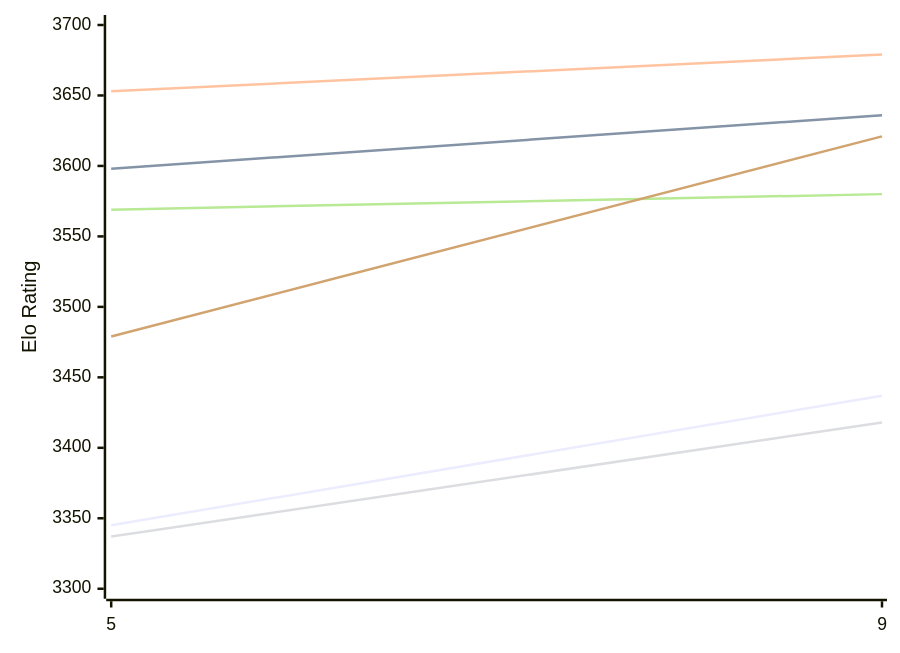
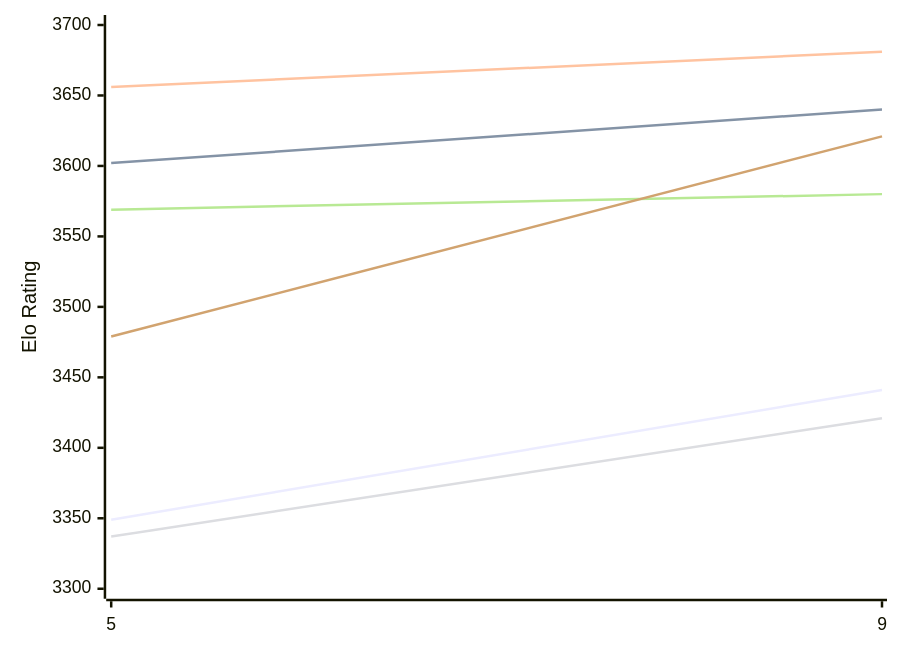
One commit to computer-chess-index/cci changed the first of 2 diagrams in engines/Crystal.md. Above: the diagram before and after it, drawn with Mermaid. The commit also changed other lines of this file, not shown here.

Commit message:
Update CCI Ratings (ELO VLTC) - 2026-11-22

````diff
--- a/engines/Crystal.md
+++ b/engines/Crystal.md
@@ -50,12 +50,12 @@
 ```mermaid
 %%{init: {"theme":"base","themeVariables":{"seriesColors:['#a3a3a3','#222221','#faa371']}}}%%
 xychart-beta
   x-axis ["5", "9"]
   y-axis "Elo Rating" 3300 --> 3700
-  line "E1: STC (8.0+0.08s)" [3345, 3437]
-  line "E1: LTC (60.0+0.60s)" [3598, 3636]
-  line "E1: VLTC (2m24s+1.12s)" [3653, 3679]
-  line "P1: STC (8.0+0.08s)" [3337, 3418]
+  line "E1: STC (8.0+0.08s)" [3349, 3441]
+  line "E1: LTC (60.0+0.60s)" [3602, 3640]
+  line "E1: VLTC (2m24s+1.12s)" [3656, 3681]
+  line "P1: STC (8.0+0.08s)" [3337, 3421]
   line "P1: LTC (60.0+0.60s)" [3569, 3580]
   line "P1: VLTC (2m24s+1.12s)" [3479, 3621]
 ```
````
